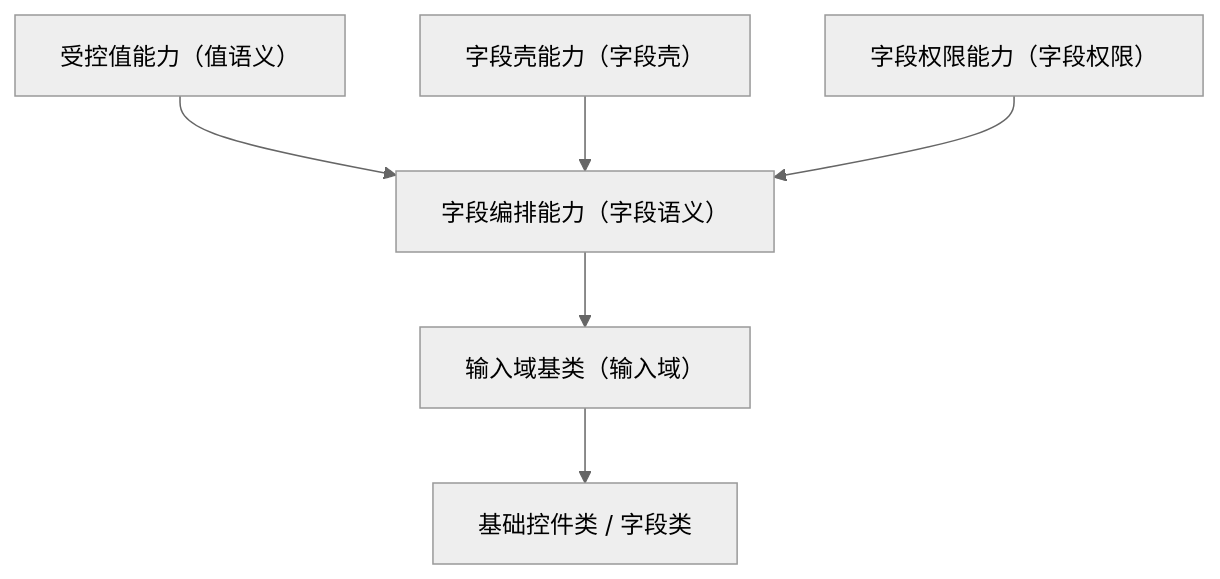
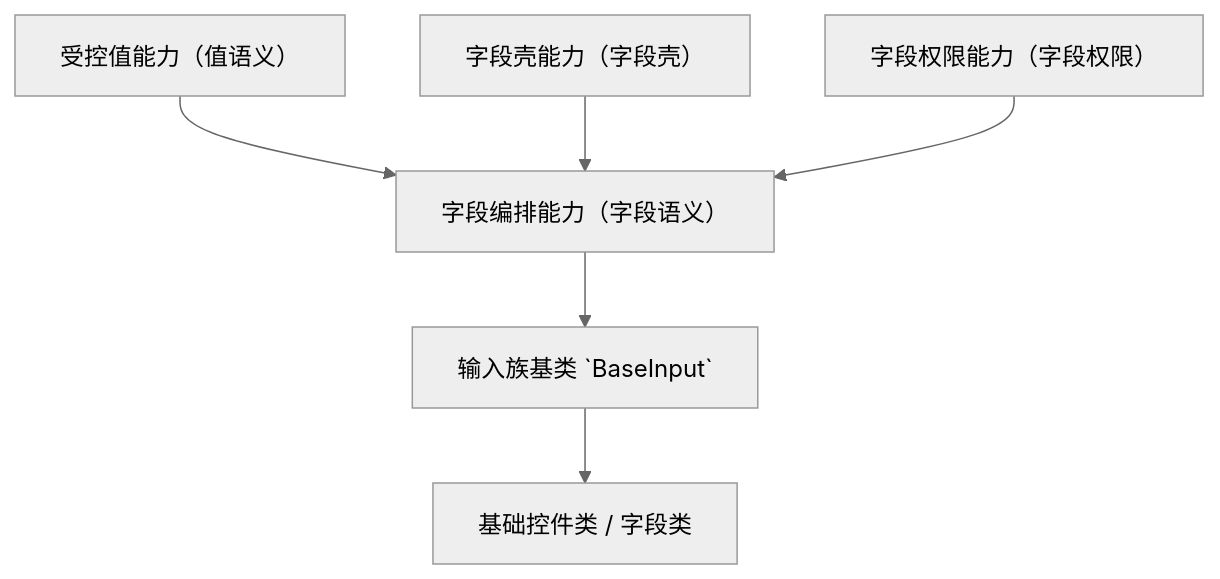
The diagram in bms文档/设计/组件设计/02_基础组件类/02_能力类/09_组件设计_字段编排能力/09_组件设计_字段编排能力.md (minjian123/basic-management-system), drawn with Mermaid (neutral theme) before and after one commit. The commit also changed other lines of this file and 126 other files, not shown here.

````diff
--- a/bms文档/设计/组件设计/02_基础组件类/02_能力类/09_组件设计_字段编排能力/09_组件设计_字段编排能力.md
+++ b/bms文档/设计/组件设计/02_基础组件类/02_能力类/09_组件设计_字段编排能力/09_组件设计_字段编排能力.md
@@ -16,8 +16,8 @@
 ```mermaid
 flowchart TD
     V["受控值能力（值语义）"] --> F["字段编排能力（字段语义）"]
     SH["字段壳能力（字段壳）"] --> F
     PM["字段权限能力（字段权限）"] --> F
-    F --> I["输入域基类（输入域）"]
+    F --> I["输入族基类 `BaseInput`"]
     I --> C["基础控件类 / 字段类"]
 ```
````
